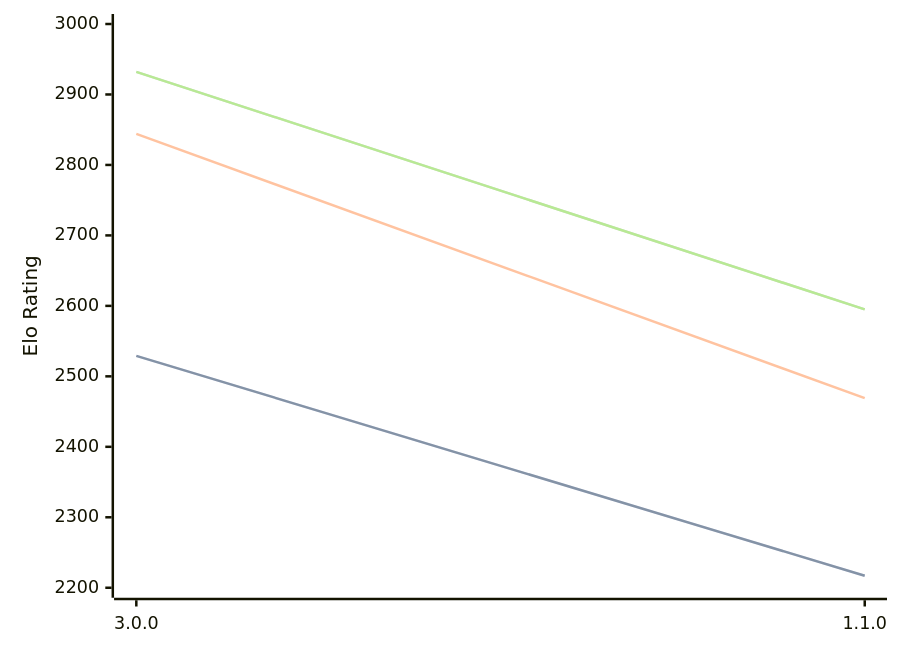
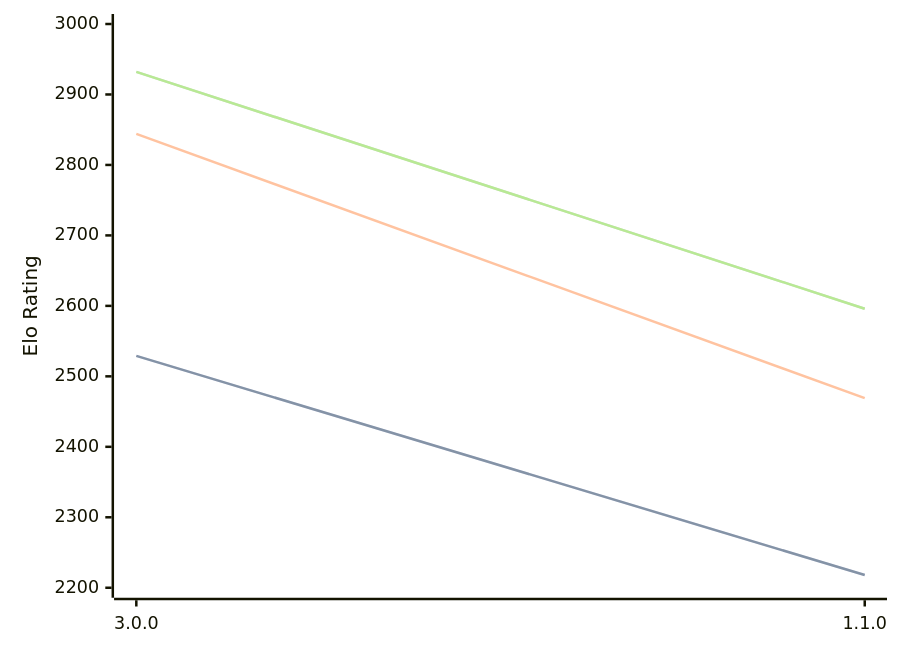
Before and after one commit to computer-chess-index/cci: the first of 3 diagrams in engines/Potential.md, drawn with Mermaid. The commit also changed other lines of this file, not shown here.

Commit message:
Update CCI Ratings (ELO VLTC) - 2026-06-23

````diff
--- a/engines/Potential.md
+++ b/engines/Potential.md
@@ -34,11 +34,11 @@
 ```mermaid
 %%{init: {"theme":"base","themeVariables":{"seriesColors:['#a3a3a3','#222221','#faa371']}}}%%
 xychart-beta
   x-axis ["3.0.0", "1.1.0"]
   y-axis "Elo Rating" 2200 --> 3000
-  line "STC (8.0+0.08s)" [2529, 2217]
-  line "STC (8.0+0.08s)" [2529, 2217]
+  line "STC (8.0+0.08s)" [2529, 2218]
+  line "STC (8.0+0.08s)" [2529, 2218]
   line "LTC (60.0+0.60s)" [2844, 2469]
-  line "VLTC (2m24s+1.12s)" [2932, 2595]
-  line "VLTC (2m24s+1.12s)" [2932, 2595]
+  line "VLTC (2m24s+1.12s)" [2932, 2596]
+  line "VLTC (2m24s+1.12s)" [2932, 2596]
 ```
````
